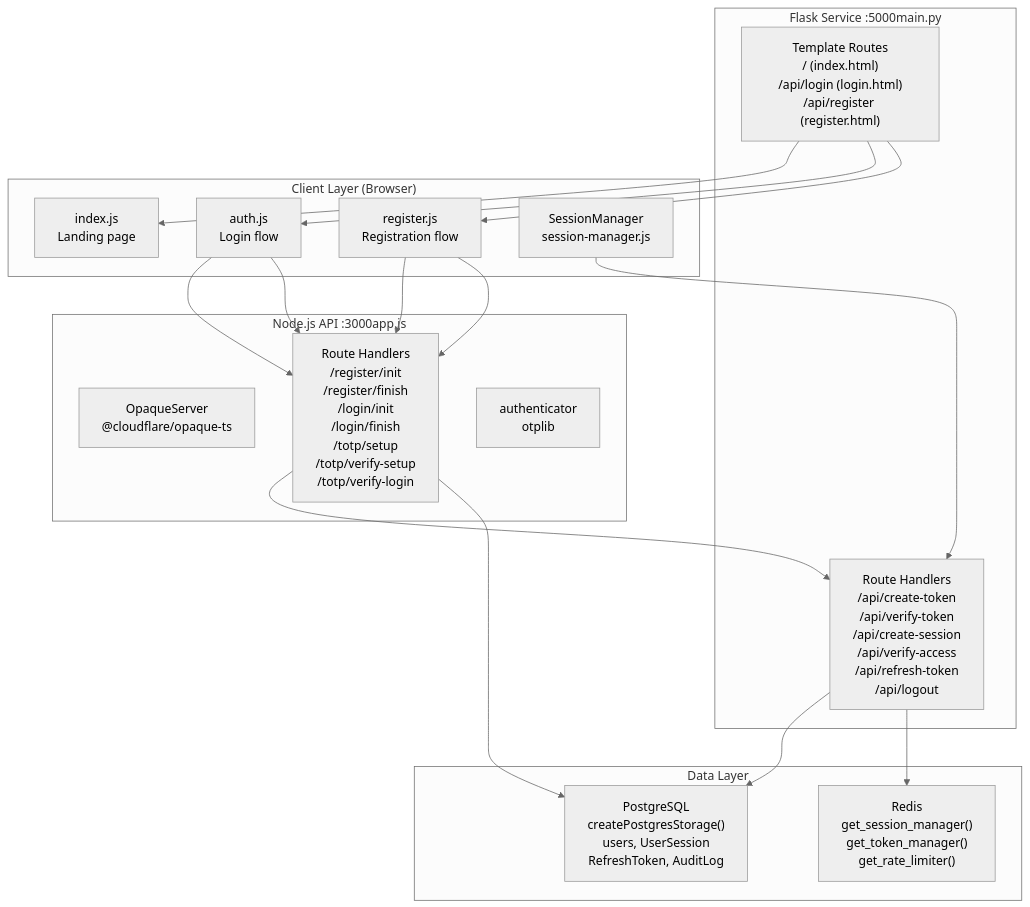
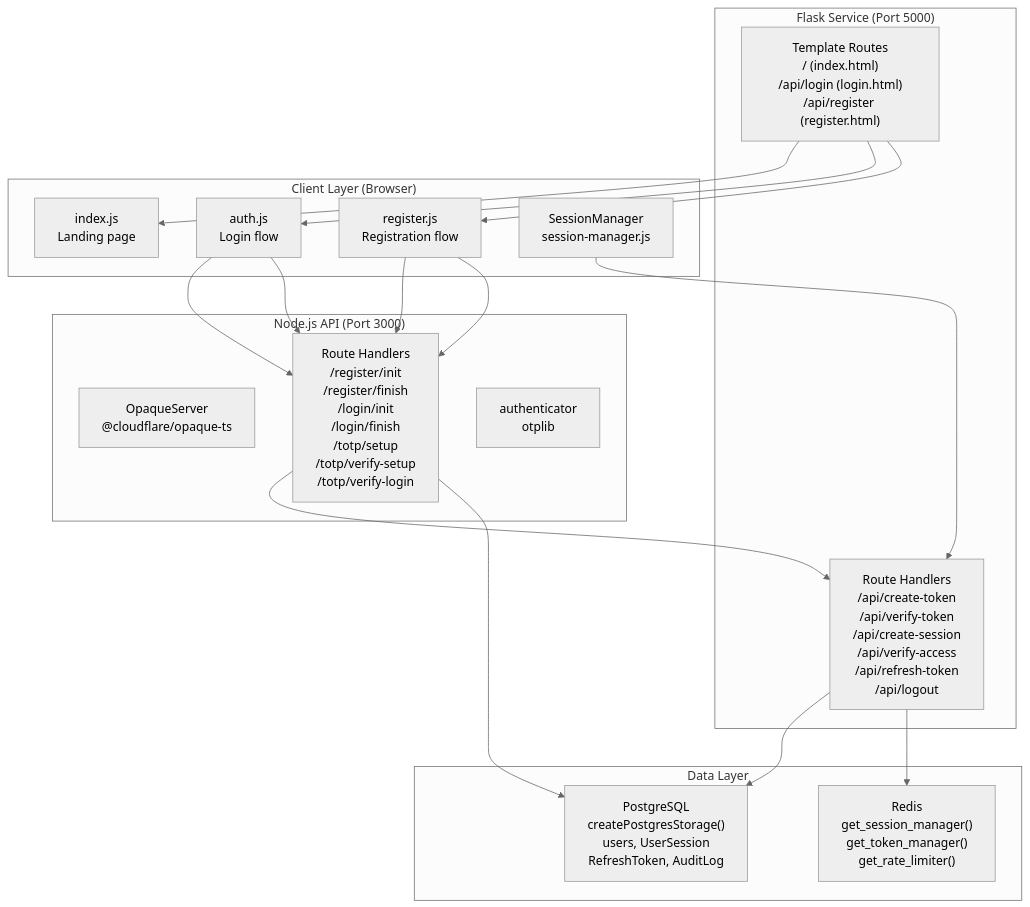
One commit to RogueElectron/Cypher changed the first of 4 diagrams in docs/System-Architecture.md. Above: the diagram before and after it, drawn with Mermaid (neutral theme). The commit also changed other lines of this file and 3 other files, not shown here.

````diff
--- a/docs/System-Architecture.md
+++ b/docs/System-Architecture.md
@@ -24,51 +24,51 @@
 ```mermaid
 flowchart TD
 
 IndexJS["index.js<br>Landing page"]
 AuthJS["auth.js<br>Login flow"]
 RegJS["register.js<br>Registration flow"]
 SessMgr["SessionManager<br>session-manager.js"]
 FlaskRoutes["Route Handlers<br>/api/create-token<br>/api/verify-token<br>/api/create-session<br>/api/verify-access<br>/api/refresh-token<br>/api/logout"]
 FlaskTemplates["Template Routes<br>/ (index.html)<br>/api/login (login.html)<br>/api/register (register.html)"]
 OpaqueServer["OpaqueServer<br>@cloudflare/opaque-ts"]
 NodeRoutes["Route Handlers<br>/register/init<br>/register/finish<br>/login/init<br>/login/finish<br>/totp/setup<br>/totp/verify-setup<br>/totp/verify-login"]
 TotpAuth["authenticator<br>otplib"]
 PostgresDB["PostgreSQL<br>createPostgresStorage()<br>users, UserSession<br>RefreshToken, AuditLog"]
 RedisCache["Redis<br>get_session_manager()<br>get_token_manager()<br>get_rate_limiter()"]
 
 AuthJS --> NodeRoutes
 RegJS --> NodeRoutes
 AuthJS --> NodeRoutes
 RegJS --> NodeRoutes
 SessMgr --> FlaskRoutes
 NodeRoutes --> FlaskRoutes
 FlaskRoutes --> PostgresDB
 FlaskRoutes --> RedisCache
 NodeRoutes --> PostgresDB
 FlaskTemplates --> IndexJS
 FlaskTemplates --> AuthJS
 FlaskTemplates --> RegJS
 
 subgraph Data ["Data Layer"]
     PostgresDB
     RedisCache
 end
 
-subgraph Node ["Node.js API :3000app.js"]
+subgraph Node ["Node.js API (Port 3000)"]
     OpaqueServer
     NodeRoutes
     TotpAuth
 end
 
-subgraph Flask ["Flask Service :5000main.py"]
+subgraph Flask ["Flask Service (Port 5000)"]
     FlaskRoutes
     FlaskTemplates
 end
 
 subgraph Client ["Client Layer (Browser)"]
     IndexJS
     AuthJS
     RegJS
     SessMgr
 end
 ```
````
